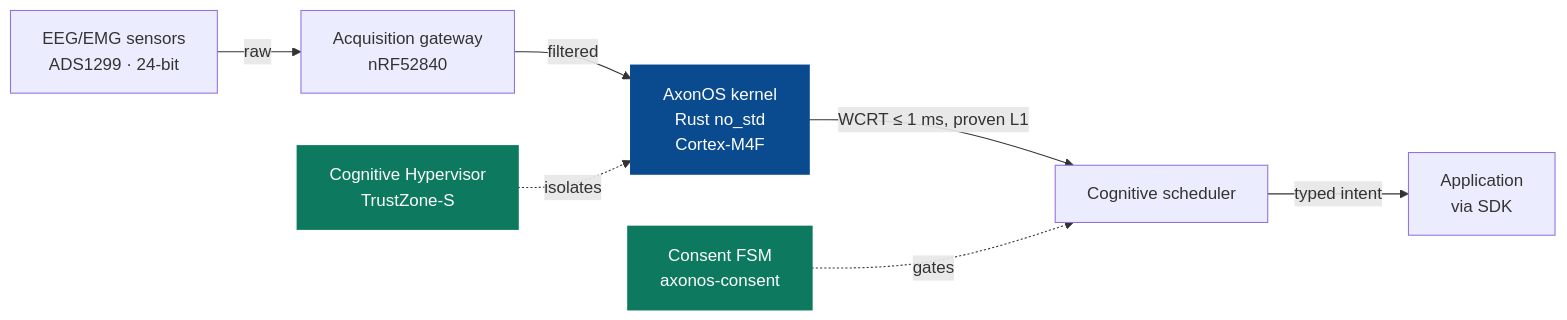
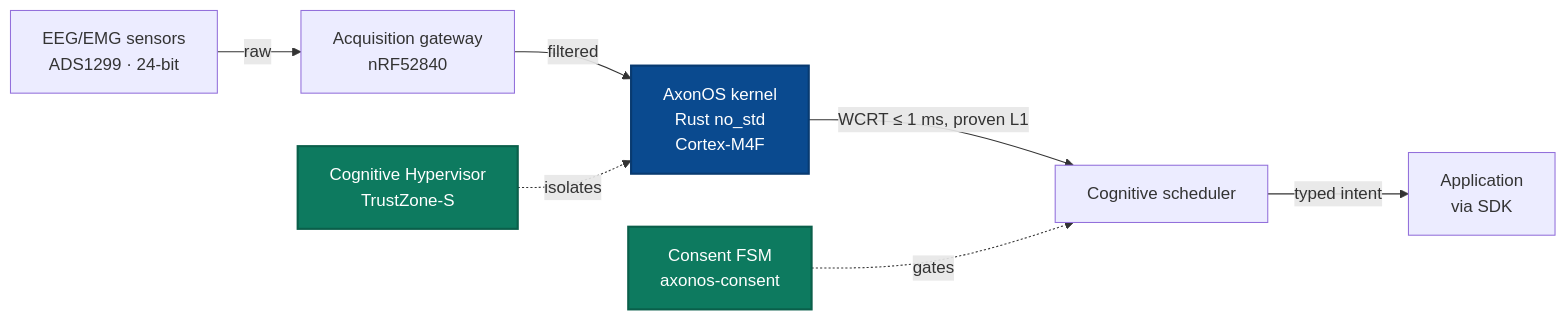
One commit to AxonOS-org/.github changed the second of 2 diagrams in profile/README.md. Above: the diagram before and after it, drawn with Mermaid. The commit also changed other lines of this file, not shown here.

````diff
--- a/profile/README.md
+++ b/profile/README.md
@@ -305,14 +321,18 @@
 ```mermaid
 flowchart LR
     A[EEG/EMG sensors<br/>ADS1299 · 24-bit] -->|raw| B[Acquisition gateway<br/>nRF52840]
     B -->|filtered| C[AxonOS kernel<br/>Rust no_std<br/>Cortex-M4F]
     C -->|WCRT ≤ 1 ms, proven L1| D[Cognitive scheduler]
     D -->|typed intent| E[Application<br/>via SDK]
     F[Cognitive Hypervisor<br/>TrustZone-S] -.->|isolates| C
     G[Consent FSM<br/>axonos-consent] -.->|gates| D
 
-    classDef kernel fill:#0a4a8f,stroke:#0a4a8f,color:#fff,stroke-width:2px
-    classDef secure fill:#0d7a5f,stroke:#0d7a5f,color:#fff,stroke-width:2px
+    %% Grey is deliberate here, unlike in the organ diagram above. Colour marks
+    %% what AxonOS owns; the sensors, the gateway and the applications are
+    %% somebody else's and are left plain on purpose. Filling every node would
+    %% delete the only thing this diagram says.
+    classDef kernel fill:#0a4a8f,stroke:#083a70,color:#fff,stroke-width:2px
+    classDef secure fill:#0d7a5f,stroke:#0a5f4a,color:#fff,stroke-width:2px
     class C kernel
     class F,G secure
 ```
````
